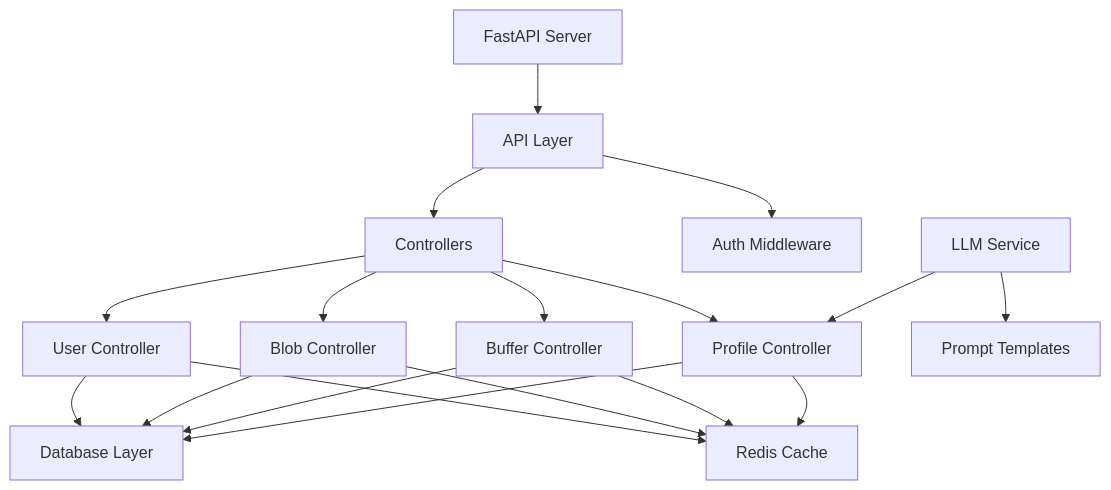
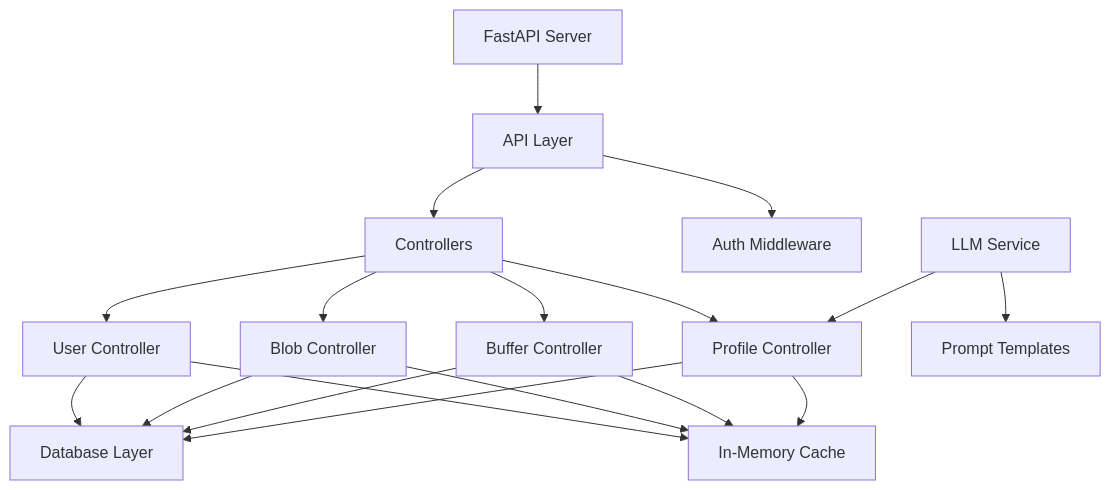
Before and after one commit to 0000005/WeAgentChat: the first of 3 diagrams in mem-system/DEVELOPMENT.md, drawn with Mermaid. The commit also changed other lines of this file and 1 other file, not shown here.

````diff
--- a/mem-system/DEVELOPMENT.md
+++ b/mem-system/DEVELOPMENT.md
@@ -10,17 +10,17 @@
 ```mermaid
 graph TD
     A[FastAPI Server] --> B[API Layer]
     B --> C[Controllers]
     B --> D[Auth Middleware]
     
     C --> E[User Controller]
     C --> F[Blob Controller]
     C --> G[Buffer Controller]
     C --> H[Profile Controller]
     
     E & F & G & H --> I[Database Layer]
-    E & F & G & H --> J[Redis Cache]
+    E & F & G & H --> J[In-Memory Cache]
     
     K[LLM Service] --> H
     K --> L[Prompt Templates]
 ```
````
